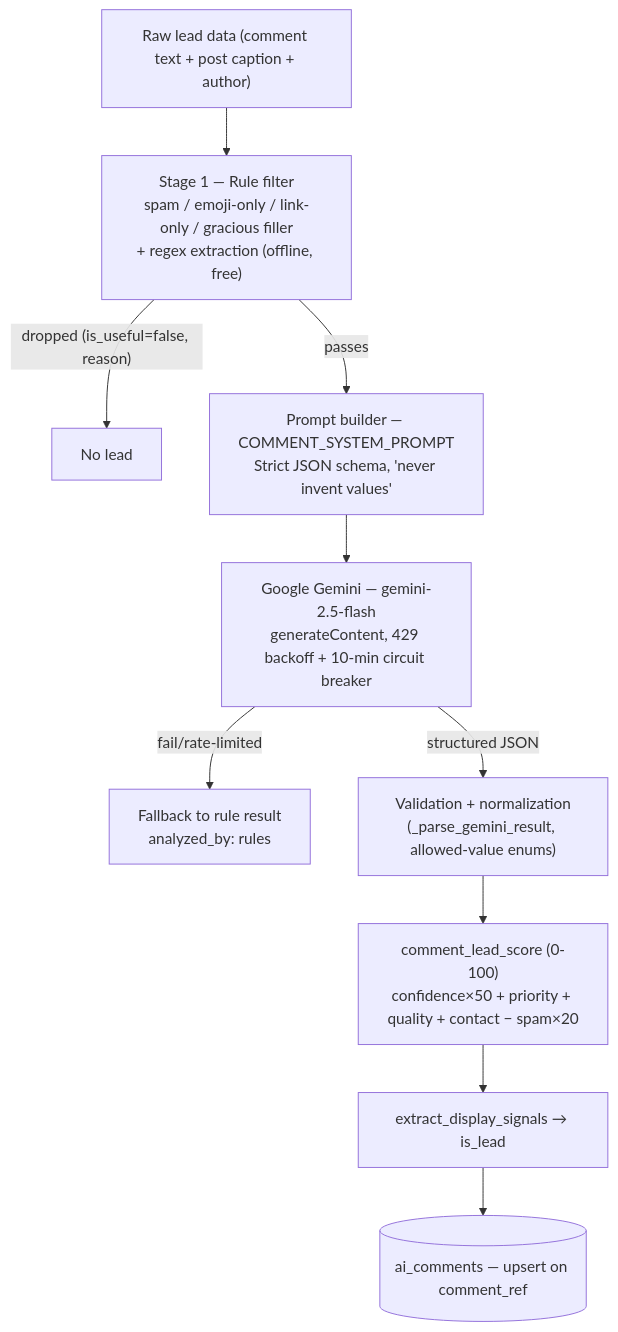
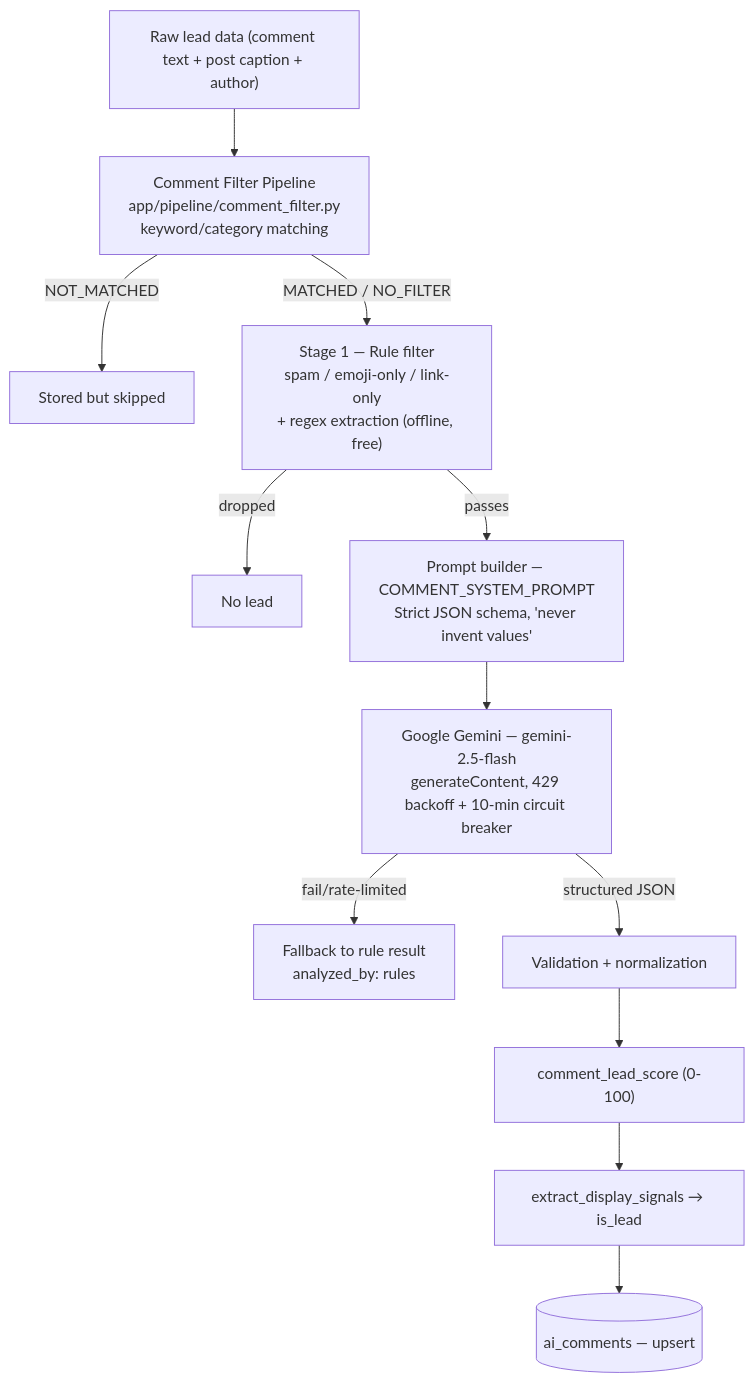
One commit to saurabh95710/LEADAI changed the third of 4 diagrams in README.md. Above: the diagram before and after it, drawn with Mermaid. The commit also changed other lines of this file and 131 other files, not shown here.

````diff
--- a/README.md
+++ b/README.md
@@ -506,12 +1553,14 @@
 ```mermaid
 flowchart TD
-    R["Raw lead data (comment text + post caption + author)"] --> P["Stage 1 — Rule filter<br/>spam / emoji-only / link-only / gracious filler<br/>+ regex extraction (offline, free)"]
-    P -->|"dropped (is_useful=false, reason)"| OUT["No lead"]
+    R["Raw lead data (comment text + post caption + author)"] --> CF["Comment Filter Pipeline<br/>app/pipeline/comment_filter.py<br/>keyword/category matching"]
+    CF -->|"NOT_MATCHED"| SKIP["Stored but skipped"]
+    CF -->|"MATCHED / NO_FILTER"| P["Stage 1 — Rule filter<br/>spam / emoji-only / link-only<br/>+ regex extraction (offline, free)"]
+    P -->|"dropped"| OUT["No lead"]
     P -->|passes| PB["Prompt builder — COMMENT_SYSTEM_PROMPT<br/>Strict JSON schema, 'never invent values'"]
     PB --> M["Google Gemini — gemini-2.5-flash<br/>generateContent, 429 backoff + 10-min circuit breaker"]
     M -->|fail/rate-limited| FB["Fallback to rule result<br/>analyzed_by: rules"]
-    M -->|structured JSON| V["Validation + normalization<br/>(_parse_gemini_result, allowed-value enums)"]
-    V --> S["comment_lead_score (0-100)<br/>confidence×50 + priority + quality + contact − spam×20"]
+    M -->|structured JSON| V["Validation + normalization"]
+    V --> S["comment_lead_score (0-100)"]
     S --> D["extract_display_signals → is_lead"]
-    D --> DB[(ai_comments — upsert on comment_ref)]
+    D --> DB[(ai_comments — upsert)]
 ```
````
